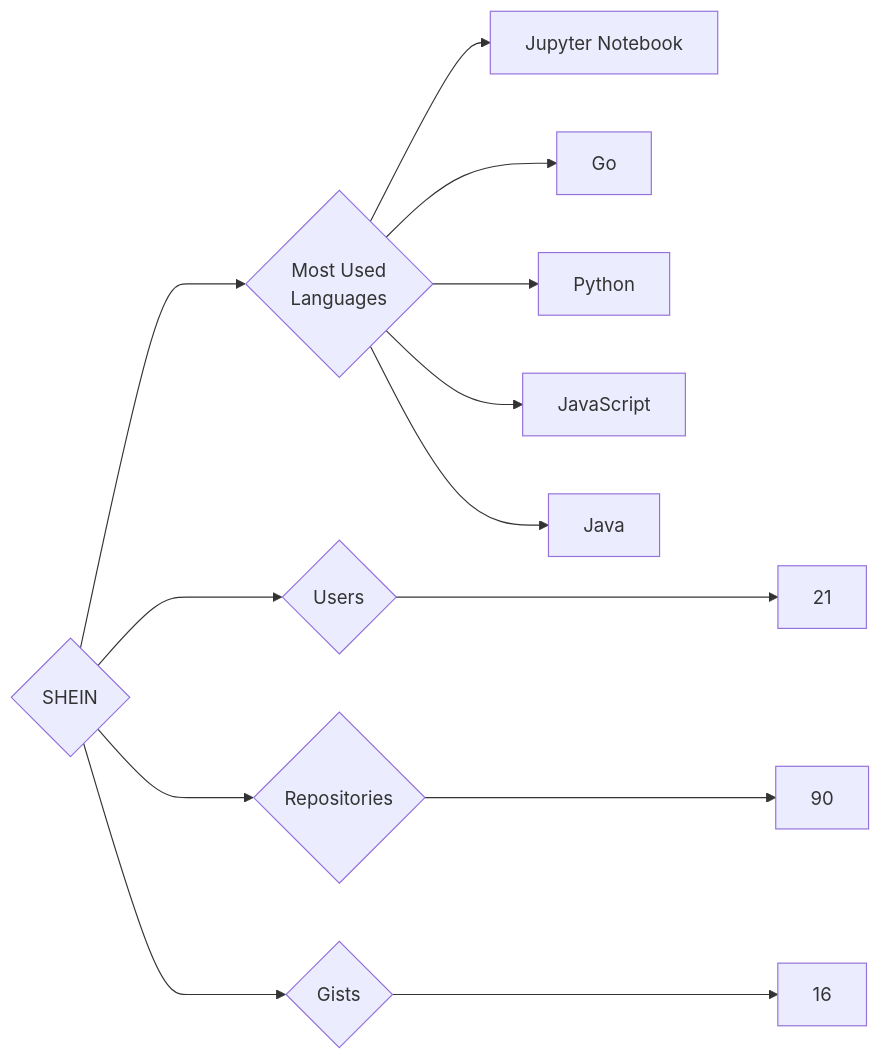
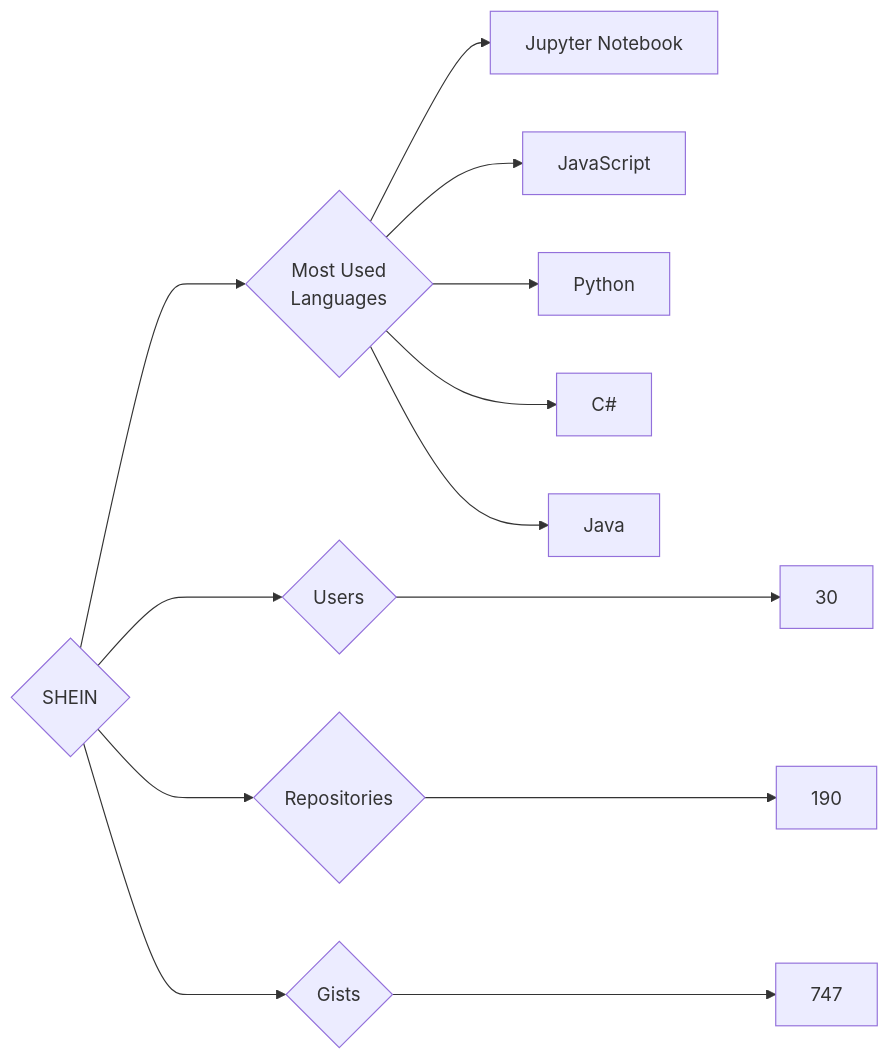
Before and after one commit to trickest/insiders: the diagram in targets/SHEIN/README.md, drawn with Mermaid. The commit also changed 833 other files, not shown here.

````diff
--- a/targets/SHEIN/README.md
+++ b/targets/SHEIN/README.md
@@ -3,13 +3,13 @@
 ```mermaid
 graph LR
 COMPANY_NAME{SHEIN}
-COMPANY_NAME ---> U{Users} ---> UN[21]
-COMPANY_NAME ---> R{Repositories} ---> RN[90]
-COMPANY_NAME ---> G{Gists} ---> GN[16]
+COMPANY_NAME ---> U{Users} ---> UN[30]
+COMPANY_NAME ---> R{Repositories} ---> RN[190]
+COMPANY_NAME ---> G{Gists} ---> GN[747]
 COMPANY_NAME ---> ML{Most Used<br>Languages}
 ML --> Jupyter_Notebook[Jupyter Notebook]
-ML --> Go[Go]
+ML --> JavaScript[JavaScript]
 ML --> Python[Python]
-ML --> JavaScript[JavaScript]
+ML --> C#[C#]
 ML --> Java[Java]
 ```
````
